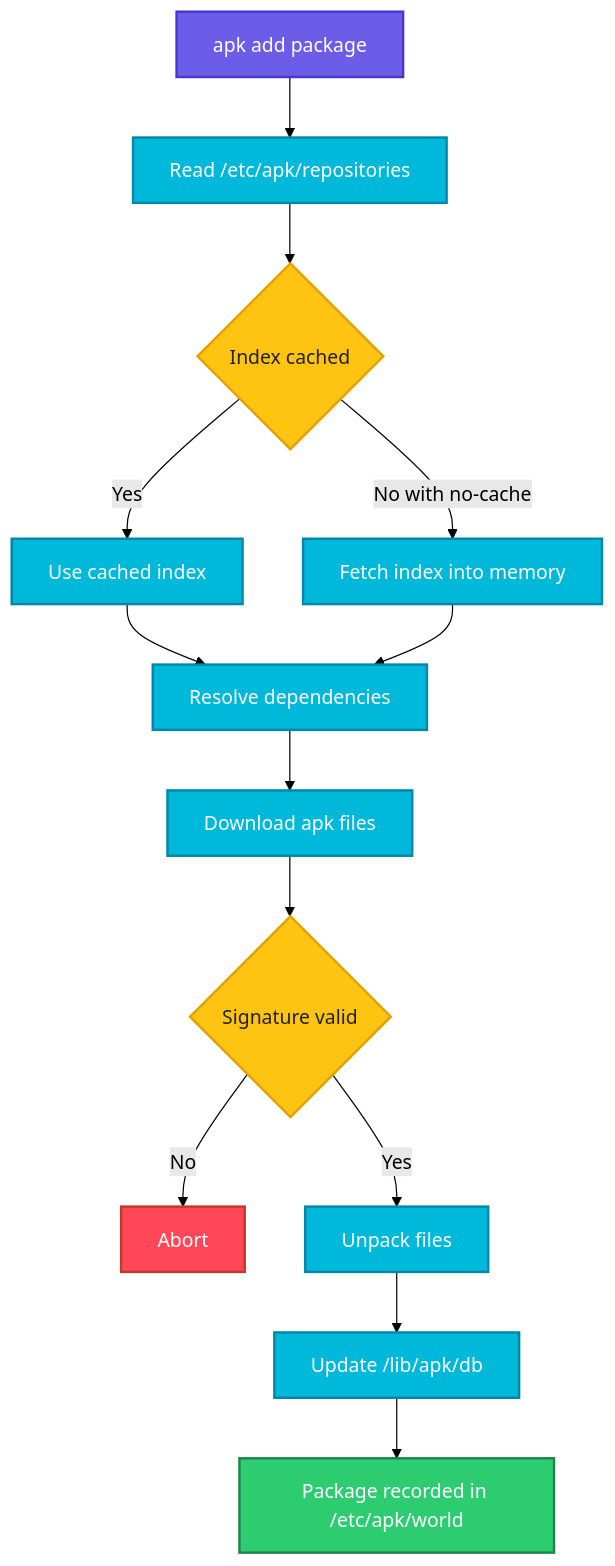
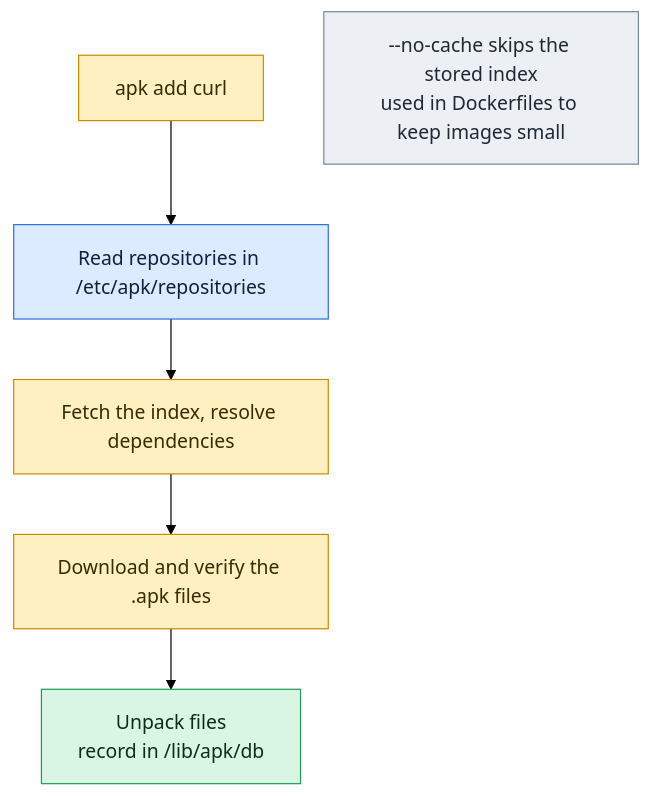
Before and after one commit to codeKerdosTech/DevOps-Documentation: the diagram in linux/package-management/apk.md, drawn with Mermaid (forest theme). The commit also changed other lines of this file and 165 other files, not shown here.

Commit message:
updated diagrams in linux

````diff
--- a/linux/package-management/apk.md
+++ b/linux/package-management/apk.md
@@ -33,25 +33,17 @@
 ```mermaid
 flowchart TD
-    A[apk add package] --> B[Read /etc/apk/repositories]
-    B --> C{Index cached}
-    C -->|Yes| D[Use cached index]
-    C -->|No with no-cache| E[Fetch index into memory]
-    D --> F[Resolve dependencies]
-    E --> F
-    F --> G[Download apk files]
-    G --> H{Signature valid}
-    H -->|No| I[Abort]
-    H -->|Yes| J[Unpack files]
-    J --> K[Update /lib/apk/db]
-    K --> L[Package recorded in /etc/apk/world]
-    classDef start fill:#6C5CE7,stroke:#4834D4,stroke-width:2px,color:#fff
-    classDef proc fill:#00B8D9,stroke:#0087A8,stroke-width:2px,color:#fff
-    classDef dec fill:#FFC312,stroke:#E1A100,stroke-width:2px,color:#222
-    classDef ok fill:#2ECC71,stroke:#1E8449,stroke-width:2px,color:#fff
-    classDef err fill:#FF4757,stroke:#C0392B,stroke-width:2px,color:#fff
-    class A start
-    class B,D,E,F,G,J,K proc
-    class C,H dec
-    class L ok
-    class I err
+    c1[apk add curl] --> i1[Read repositories in /etc/apk/repositories]
+    i1 --> c2[Fetch the index, resolve dependencies]
+    c2 --> c3[Download and verify the .apk files]
+    c3 --> o1[Unpack files<br/>record in /lib/apk/db]
+    n1[--no-cache skips the stored index<br/>used in Dockerfiles to keep images small]
+    classDef inp fill:#DCEBFF,stroke:#2F6FDE,color:#10213F
+    classDef cmd fill:#FFF0C2,stroke:#C98A00,color:#3A2A00
+    classDef out fill:#D9F5E3,stroke:#1F9D55,color:#0B2E1A
+    classDef bad fill:#FDE0E0,stroke:#D13B3B,color:#4A0F0F
+    classDef note fill:#ECEFF3,stroke:#7B8794,color:#1F2933
+    class c1,c2,c3 cmd
+    class i1 inp
+    class o1 out
+    class n1 note
 ```
````
